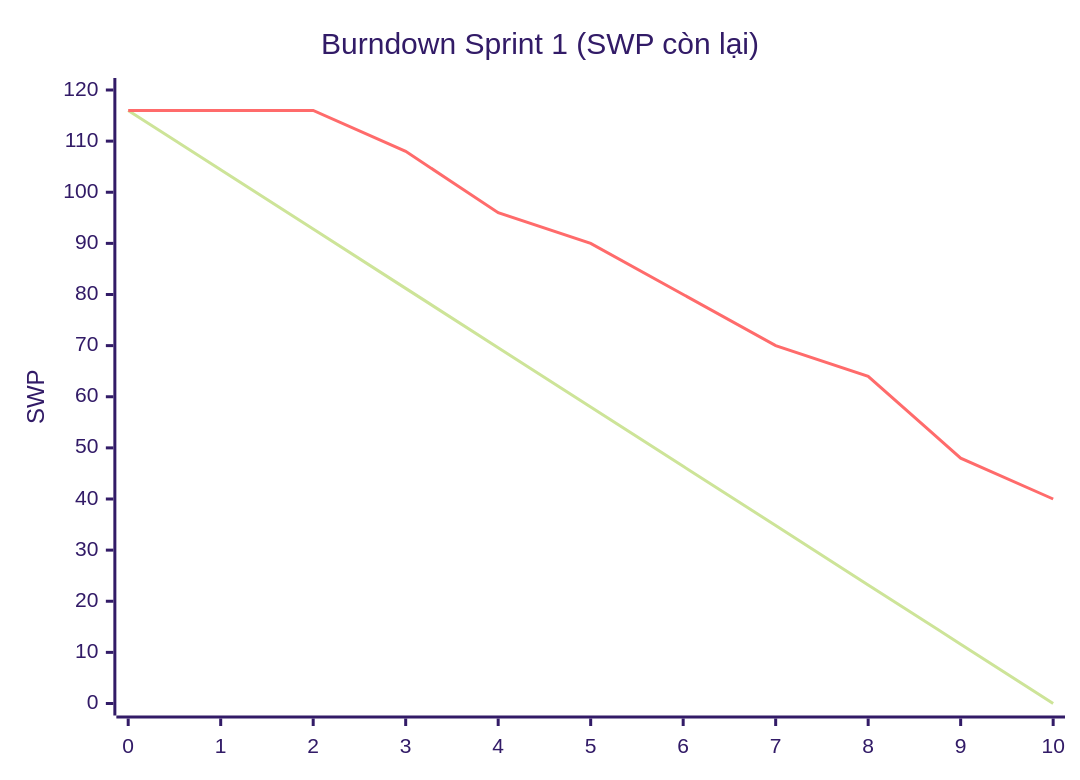
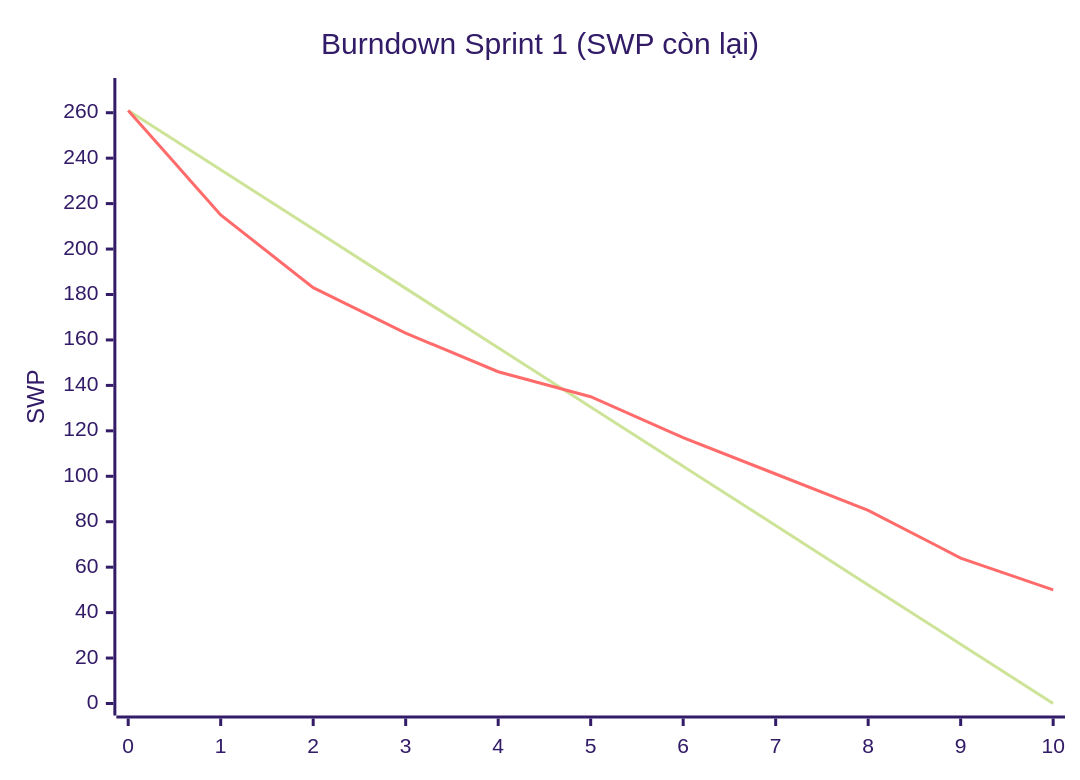
The diagram in progress-report.md (phonghbt-0740/product-a-lab5), drawn with Mermaid (forest theme) before and after one commit. The commit also changed other lines of this file and 8 other files, not shown here.

````diff
--- a/progress-report.md
+++ b/progress-report.md
@@ -37,8 +37,8 @@
 ```mermaid
 xychart-beta
     title "Burndown Sprint 1 (SWP còn lại)"
     x-axis [0, 1, 2, 3, 4, 5, 6, 7, 8, 9, 10]
-    y-axis "SWP" 0 --> 120
-    line [116, 104.4, 92.8, 81.2, 69.6, 58, 46.4, 34.8, 23.2, 11.6, 0]
-    line [116, 116, 116, 108, 96, 90, 80, 70, 64, 48, 40]
+    y-axis "SWP" 0 --> 270
+    line [261, 234.9, 208.8, 182.7, 156.6, 130.5, 104.4, 78.3, 52.2, 26.1, 0]
+    line [261, 215, 183, 163, 146, 135, 117, 101, 85, 64, 50]
 ```
````
